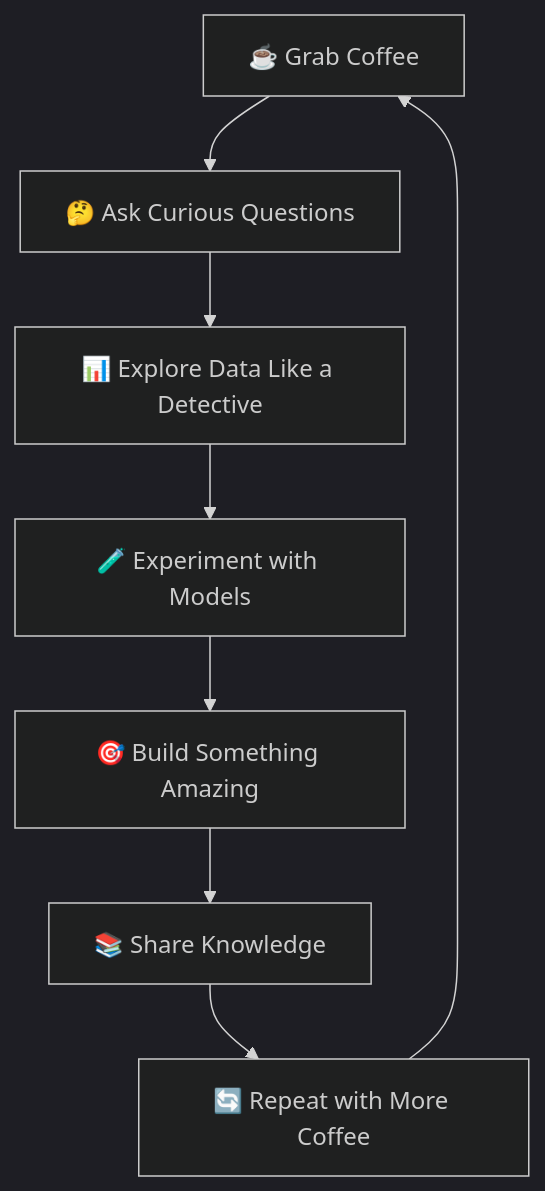
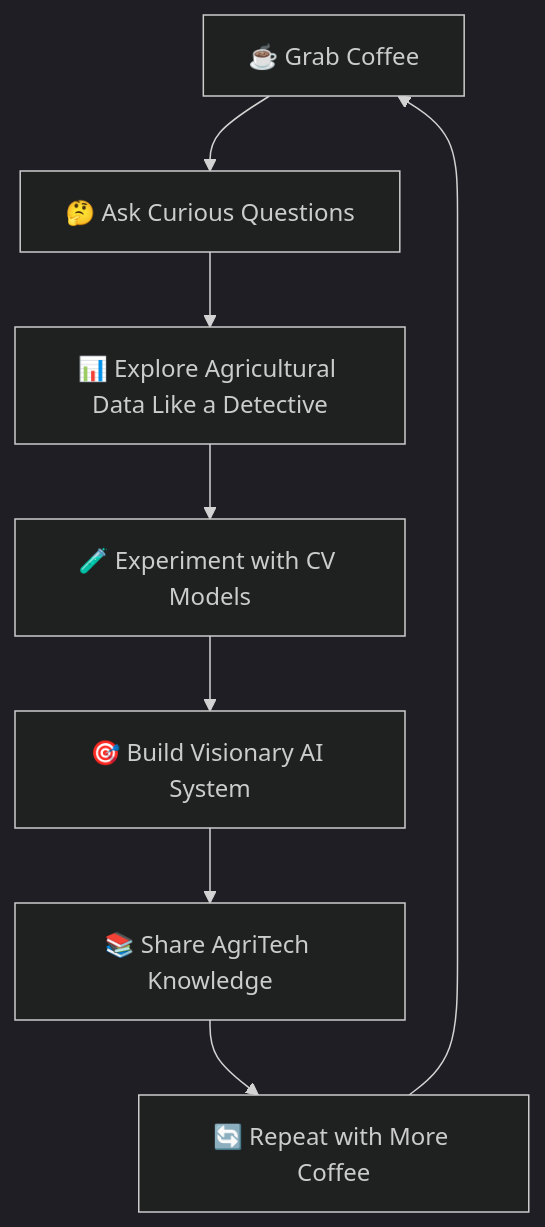
One commit to Adityagupta930/Adityagupta930 changed the diagram in README.md. Above: the diagram before and after it, drawn with Mermaid (dark theme). The commit also changed other lines of this file, not shown here.

````diff
--- a/README.md
+++ b/README.md
@@ -146,10 +153,10 @@
 ```mermaid
 flowchart TD
     A[☕ Grab Coffee] --> B[🤔 Ask Curious Questions]
-    B --> C[📊 Explore Data Like a Detective]
-    C --> D[🧪 Experiment with Models]
-    D --> E[🎯 Build Something Amazing]
-    E --> F[📚 Share Knowledge]
+    B --> C[📊 Explore Agricultural Data Like a Detective]
+    C --> D[🧪 Experiment with CV Models]
+    D --> E[🎯 Build Visionary AI System]
+    E --> F[📚 Share AgriTech Knowledge]
     F --> G[🔄 Repeat with More Coffee]
     G --> A
 ```
````
